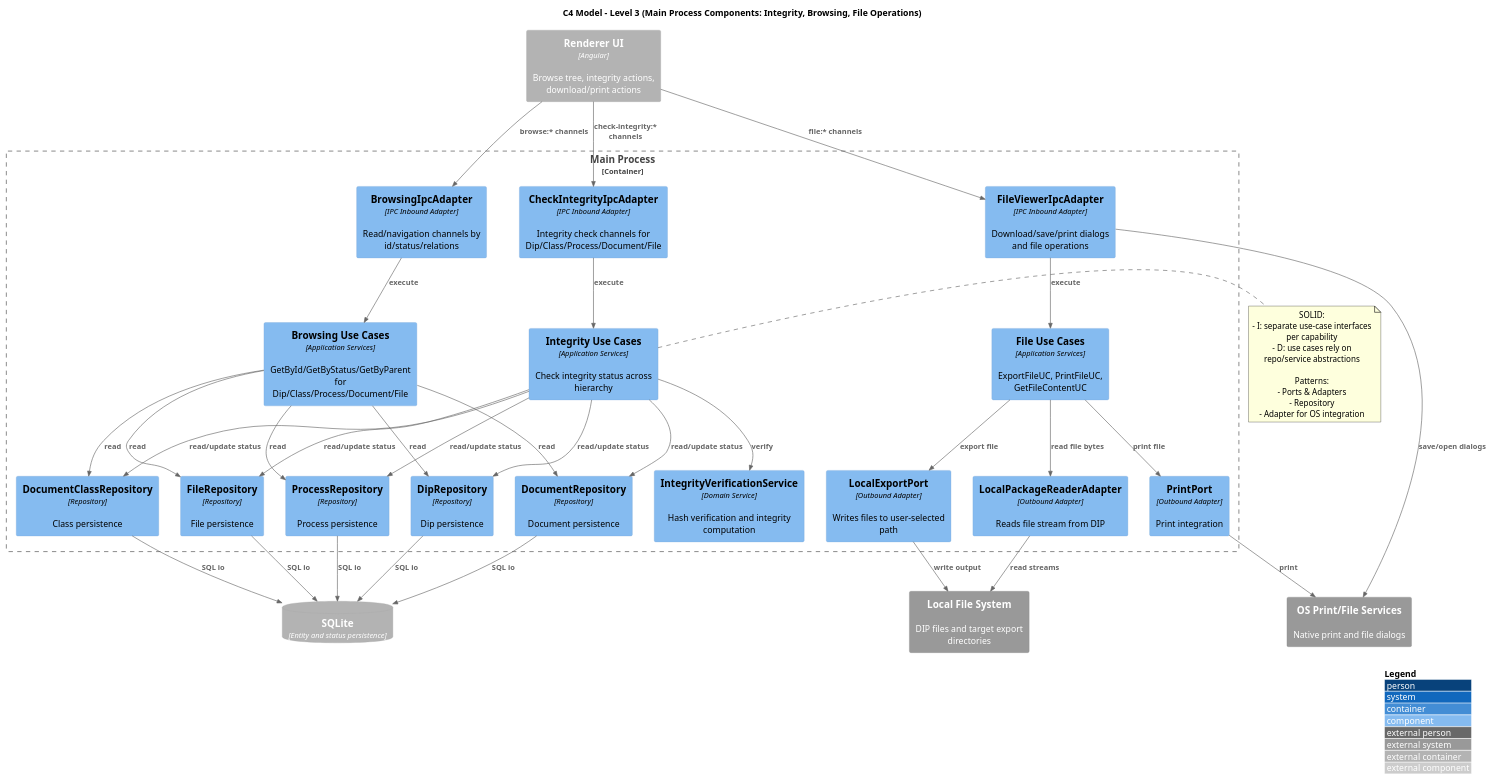
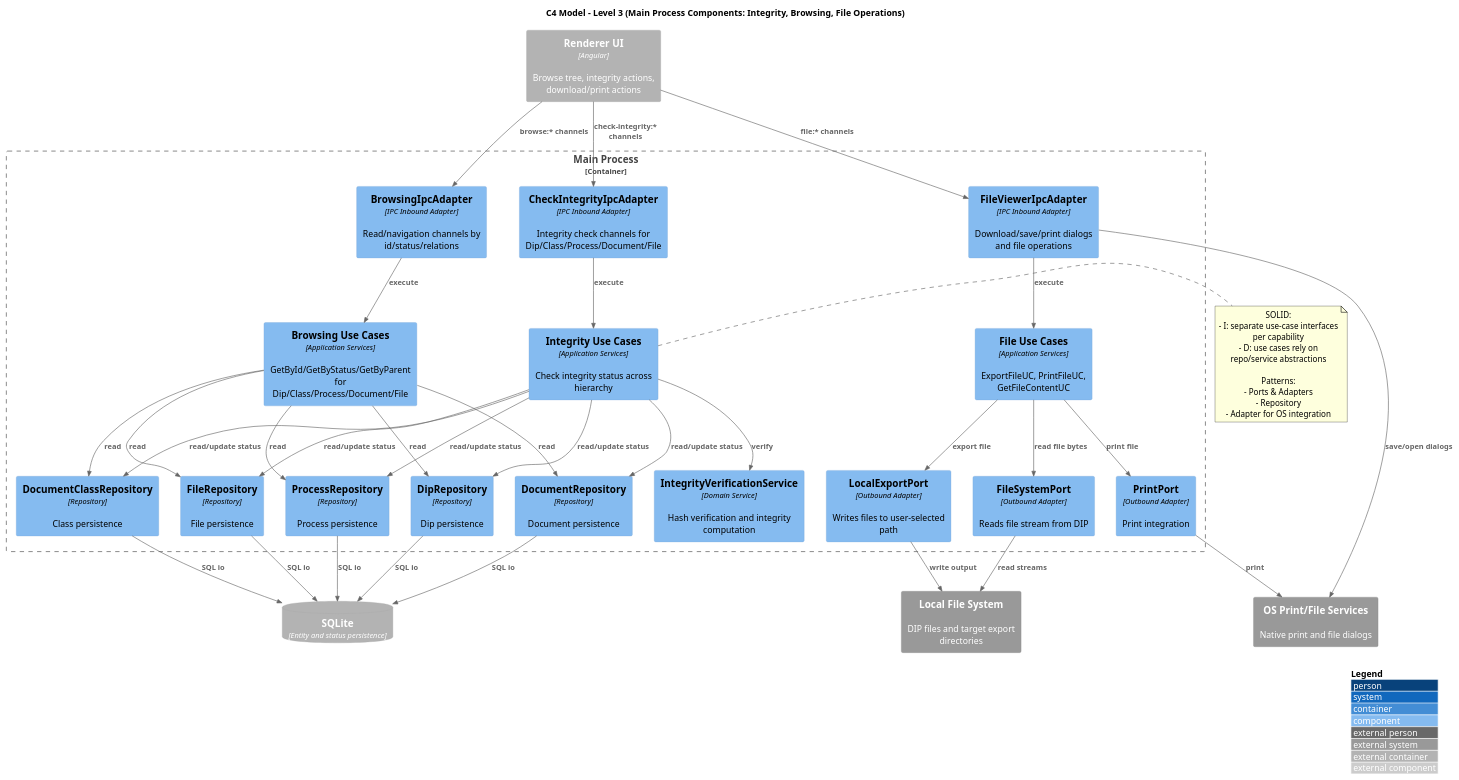
The diagram in 3_PB/DocumentiEsterni/DiagrammiSpecificaTecnica/generated_/architecture/c1-c3/C3-main-integrity-browsing-fileops.puml (7-ZPUs/Docs), drawn with PlantUML before and after one commit. The commit also changed 2 other files, not shown here.

```diff
--- a/3_PB/DocumentiEsterni/DiagrammiSpecificaTecnica/generated_/architecture/c1-c3/C3-main-integrity-browsing-fileops.puml
+++ b/3_PB/DocumentiEsterni/DiagrammiSpecificaTecnica/generated_/architecture/c1-c3/C3-main-integrity-browsing-fileops.puml
@@ -1,83 +1,83 @@
 @startuml C3_Main_Integrity_Browsing_FileOps
 !includeurl https://raw.githubusercontent.com/plantuml-stdlib/C4-PlantUML/master/C4_Component.puml
 
 title C4 Model - Level 3 (Main Process Components: Integrity, Browsing, File Operations)
 
 LAYOUT_WITH_LEGEND()
 
 Container_Boundary(main_container, "Main Process") {
   Component(browsing_ipc, "BrowsingIpcAdapter", "IPC Inbound Adapter", "Read/navigation channels by id/status/relations")
   Component(integrity_ipc, "CheckIntegrityIpcAdapter", "IPC Inbound Adapter", "Integrity check channels for Dip/Class/Process/Document/File")
   Component(file_ipc, "FileViewerIpcAdapter", "IPC Inbound Adapter", "Download/save/print dialogs and file operations")
 
   Component(browse_ucs, "Browsing Use Cases", "Application Services", "GetById/GetByStatus/GetByParent for Dip/Class/Process/Document/File")
   Component(integrity_ucs, "Integrity Use Cases", "Application Services", "Check integrity status across hierarchy")
   Component(file_ucs, "File Use Cases", "Application Services", "ExportFileUC, PrintFileUC, GetFileContentUC")
 
   Component(integrity_service, "IntegrityVerificationService", "Domain Service", "Hash verification and integrity computation")
 
   Component(dip_repo, "DipRepository", "Repository", "Dip persistence")
   Component(class_repo, "DocumentClassRepository", "Repository", "Class persistence")
   Component(process_repo, "ProcessRepository", "Repository", "Process persistence")
   Component(doc_repo, "DocumentRepository", "Repository", "Document persistence")
   Component(file_repo, "FileRepository", "Repository", "File persistence")
 
   Component(export_port, "LocalExportPort", "Outbound Adapter", "Writes files to user-selected path")
   Component(print_port, "PrintPort", "Outbound Adapter", "Print integration")
-  Component(package_reader, "LocalPackageReaderAdapter", "Outbound Adapter", "Reads file stream from DIP")
+  Component(package_reader, "FileSystemPort", "Outbound Adapter", "Reads file stream from DIP")
 }
 
 Container_Ext(renderer, "Renderer UI", "Angular", "Browse tree, integrity actions, download/print actions")
 ContainerDb_Ext(sqlite, "SQLite", "Entity and status persistence")
 System_Ext(local_fs, "Local File System", "DIP files and target export directories")
 System_Ext(os_services, "OS Print/File Services", "Native print and file dialogs")
 
 Rel(renderer, browsing_ipc, "browse:* channels")
 Rel(renderer, integrity_ipc, "check-integrity:* channels")
 Rel(renderer, file_ipc, "file:* channels")
 
 Rel(browsing_ipc, browse_ucs, "execute")
 Rel(integrity_ipc, integrity_ucs, "execute")
 Rel(file_ipc, file_ucs, "execute")
 
 Rel(integrity_ucs, integrity_service, "verify")
 
 Rel(browse_ucs, dip_repo, "read")
 Rel(browse_ucs, class_repo, "read")
 Rel(browse_ucs, process_repo, "read")
 Rel(browse_ucs, doc_repo, "read")
 Rel(browse_ucs, file_repo, "read")
 
 Rel(integrity_ucs, dip_repo, "read/update status")
 Rel(integrity_ucs, class_repo, "read/update status")
 Rel(integrity_ucs, process_repo, "read/update status")
 Rel(integrity_ucs, doc_repo, "read/update status")
 Rel(integrity_ucs, file_repo, "read/update status")
 
 Rel(file_ucs, package_reader, "read file bytes")
 Rel(file_ucs, export_port, "export file")
 Rel(file_ucs, print_port, "print file")
 
 Rel(dip_repo, sqlite, "SQL io")
 Rel(class_repo, sqlite, "SQL io")
 Rel(process_repo, sqlite, "SQL io")
 Rel(doc_repo, sqlite, "SQL io")
 Rel(file_repo, sqlite, "SQL io")
 
 Rel(package_reader, local_fs, "read streams")
 Rel(export_port, local_fs, "write output")
 Rel(print_port, os_services, "print")
 Rel(file_ipc, os_services, "save/open dialogs")
 
 note right of integrity_ucs
 SOLID:
 - I: separate use-case interfaces per capability
 - D: use cases rely on repo/service abstractions
 
 Patterns:
 - Ports & Adapters
 - Repository
 - Adapter for OS integration
 end note
 
 @enduml
```
